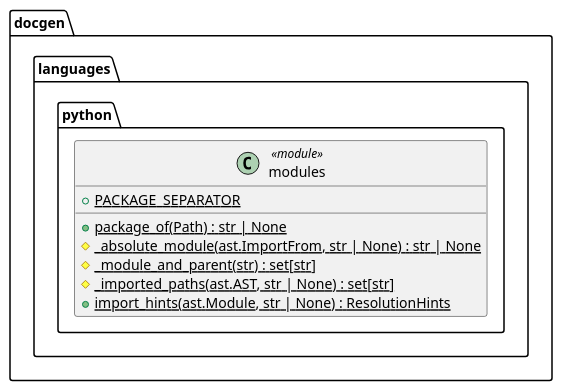
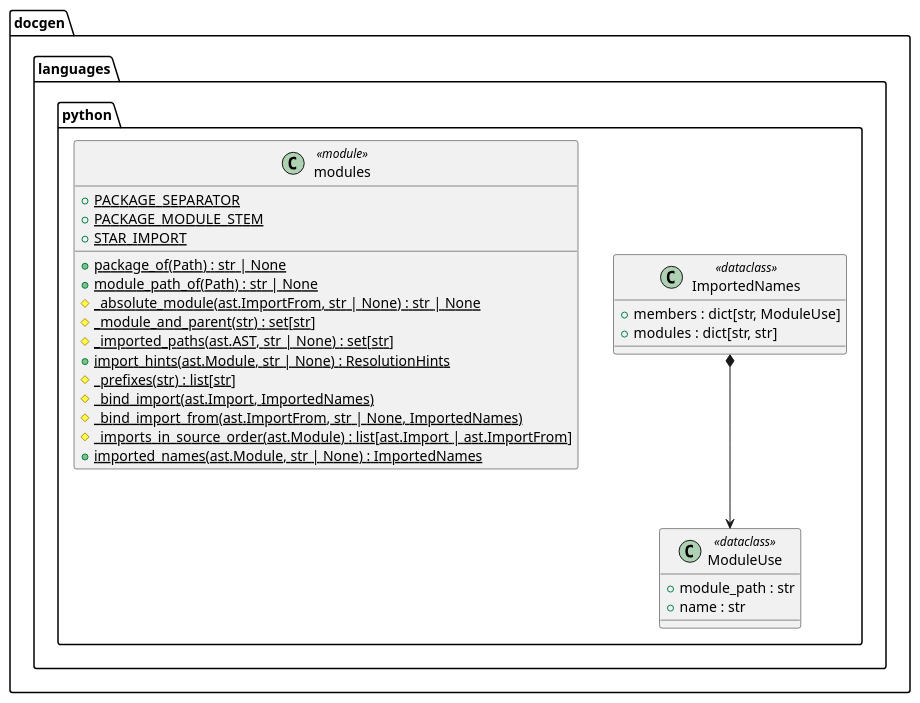
Before and after one commit to Boulede987/DocGeneration: the diagram in docs/Modelisation/Fragments/docgen/languages/python/modules.puml, drawn with PlantUML. The commit also changed 100 other files, not shown here.

First line of the commit message:
feat(python): draw dependencies on other modules' functions and constants

```diff
--- a/docs/Modelisation/Fragments/docgen/languages/python/modules.puml
+++ b/docs/Modelisation/Fragments/docgen/languages/python/modules.puml
@@ -1,10 +1,28 @@
 namespace docgen.languages.python {
+class ModuleUse <<dataclass>> {
+  + module_path : str
+  + name : str
+}
+class ImportedNames <<dataclass>> {
+  + members : dict[str, ModuleUse]
+  + modules : dict[str, str]
+}
 class modules <<module>> {
   + {static} PACKAGE_SEPARATOR
+  + {static} PACKAGE_MODULE_STEM
+  + {static} STAR_IMPORT
   + {static} package_of(Path) : str | None
+  + {static} module_path_of(Path) : str | None
   # {static} _absolute_module(ast.ImportFrom, str | None) : str | None
   # {static} _module_and_parent(str) : set[str]
   # {static} _imported_paths(ast.AST, str | None) : set[str]
   + {static} import_hints(ast.Module, str | None) : ResolutionHints
+  # {static} _prefixes(str) : list[str]
+  # {static} _bind_import(ast.Import, ImportedNames)
+  # {static} _bind_import_from(ast.ImportFrom, str | None, ImportedNames)
+  # {static} _imports_in_source_order(ast.Module) : list[ast.Import | ast.ImportFrom]
+  + {static} imported_names(ast.Module, str | None) : ImportedNames
 }
 }
+
+docgen.languages.python.ImportedNames *--> docgen.languages.python.ModuleUse
```
